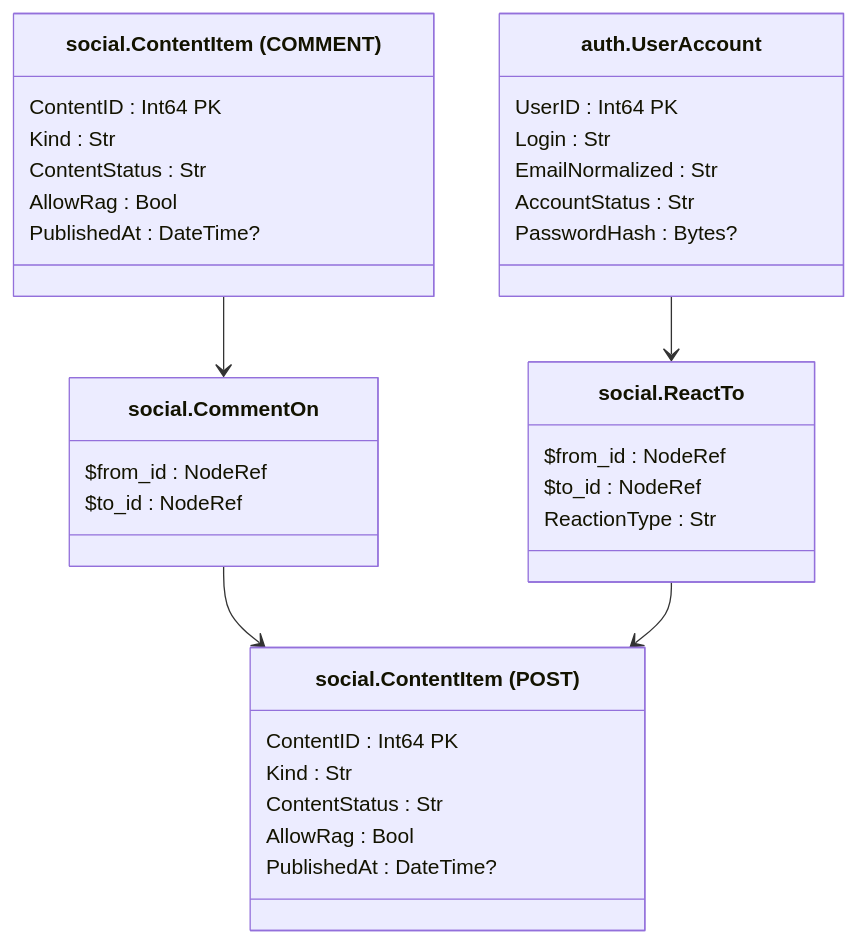
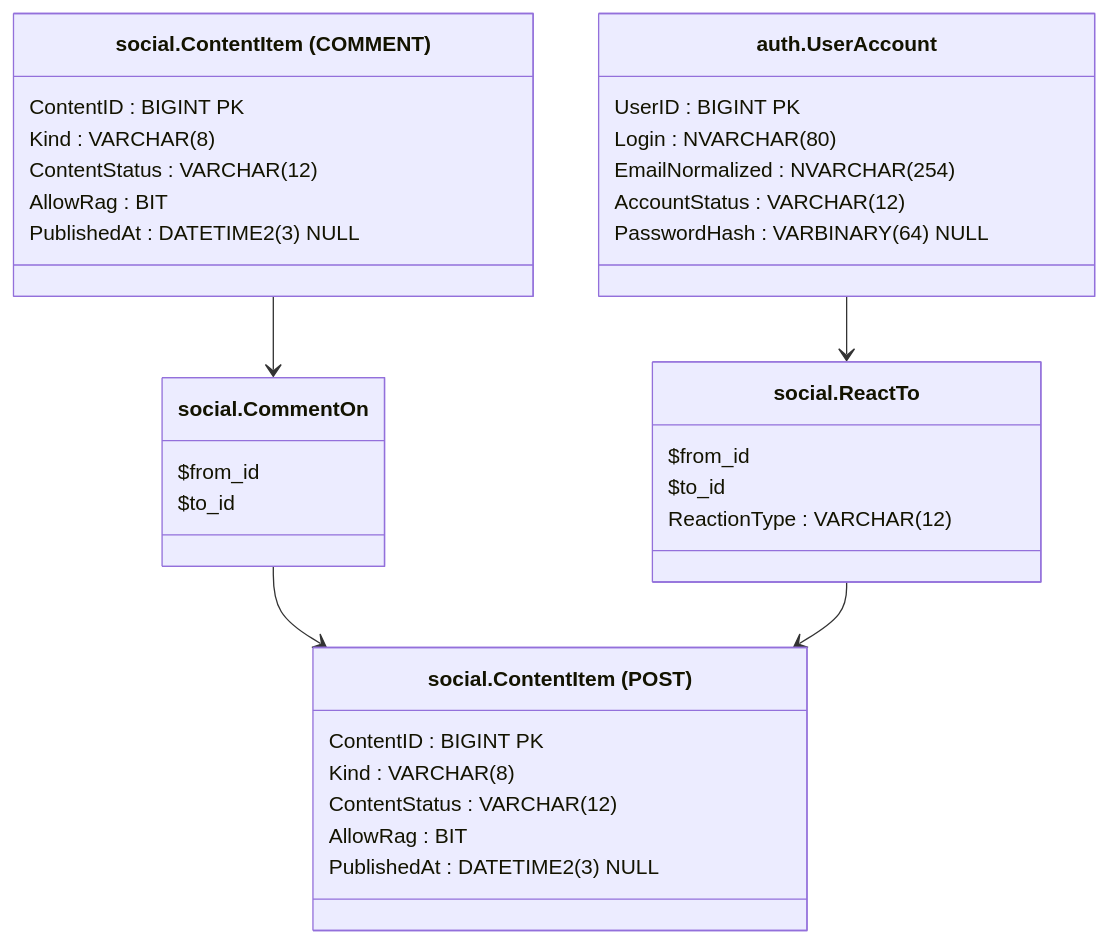
Before and after one commit to lkeey/BIVT-labs: the fourth of 15 diagrams in 03SQL-CourseWork/architecture/database-model.md, drawn with Mermaid. The commit also changed other lines of this file, not shown here.

Commit message:
docs(coursework): use exact T-SQL types in database diagrams

```diff
--- a/03SQL-CourseWork/architecture/database-model.md
+++ b/03SQL-CourseWork/architecture/database-model.md
@@ -138,38 +138,38 @@
 ~~~mermaid
 classDiagram
     direction TB
     class CM["social.ContentItem (COMMENT)"] {
-        ContentID : Int64 PK
-        Kind : Str
-        ContentStatus : Str
-        AllowRag : Bool
-        PublishedAt : DateTime?
+        ContentID : BIGINT PK
+        Kind : VARCHAR#40;8#41;
+        ContentStatus : VARCHAR#40;12#41;
+        AllowRag : BIT
+        PublishedAt : DATETIME2#40;3#41; NULL
     }
     class CO["social.CommentOn"] {
-        $from_id : NodeRef
-        $to_id : NodeRef
+        $from_id
+        $to_id
     }
     class P["social.ContentItem (POST)"] {
-        ContentID : Int64 PK
-        Kind : Str
-        ContentStatus : Str
-        AllowRag : Bool
-        PublishedAt : DateTime?
+        ContentID : BIGINT PK
+        Kind : VARCHAR#40;8#41;
+        ContentStatus : VARCHAR#40;12#41;
+        AllowRag : BIT
+        PublishedAt : DATETIME2#40;3#41; NULL
     }
     class U["auth.UserAccount"] {
-        UserID : Int64 PK
-        Login : Str
-        EmailNormalized : Str
-        AccountStatus : Str
-        PasswordHash : Bytes?
+        UserID : BIGINT PK
+        Login : NVARCHAR#40;80#41;
+        EmailNormalized : NVARCHAR#40;254#41;
+        AccountStatus : VARCHAR#40;12#41;
+        PasswordHash : VARBINARY#40;64#41; NULL
     }
     class R["social.ReactTo"] {
-        $from_id : NodeRef
-        $to_id : NodeRef
-        ReactionType : Str
+        $from_id
+        $to_id
+        ReactionType : VARCHAR#40;12#41;
     }
     CM --> CO
     CO --> P
     U --> R
     R --> P
 ~~~
```
